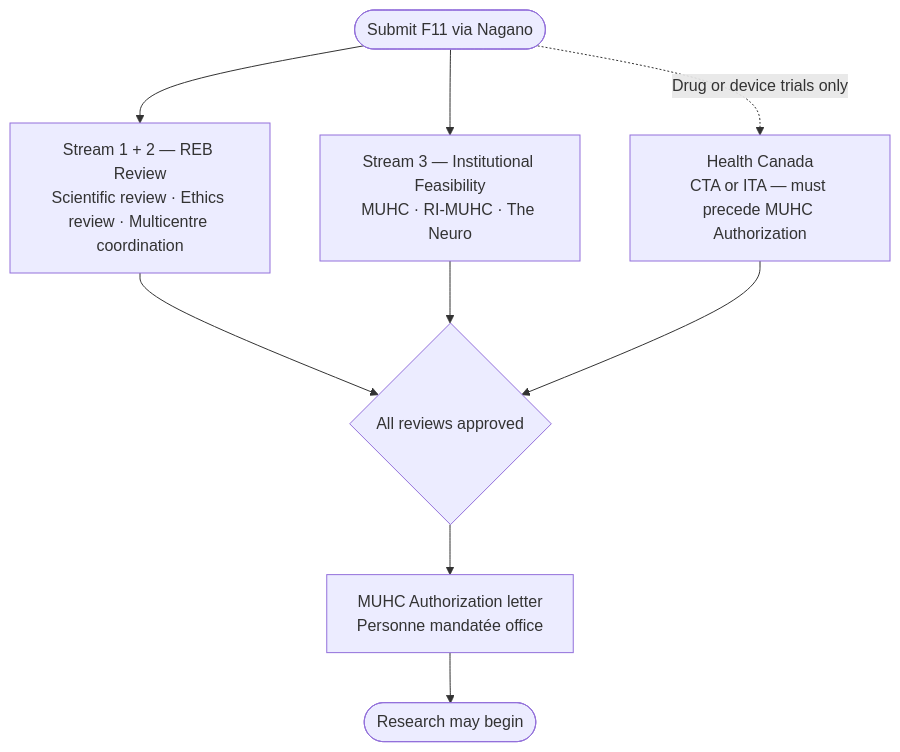
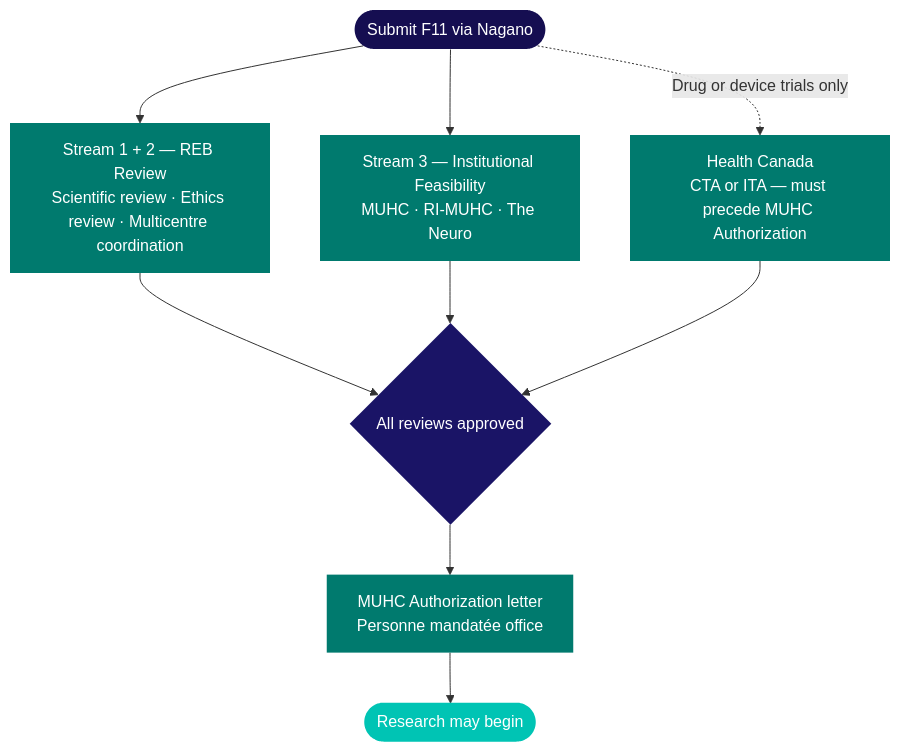
The diagram in kb/submission/study-review.mdx (matthewfiorentino/docs), drawn with Mermaid before and after one commit. The commit also changed 14 other files, not shown here.

````diff
--- a/kb/submission/study-review.mdx
+++ b/kb/submission/study-review.mdx
@@ -14,11 +14,19 @@
 ```mermaid
 flowchart TD
     A([Submit F11 via Nagano]) --> B & C
     B["Stream 1 + 2 — REB Review<br/>Scientific review · Ethics review · Multicentre coordination"]
     C["Stream 3 — Institutional Feasibility<br/>MUHC · RI-MUHC · The Neuro"]
     A -. Drug or device trials only .-> D["Health Canada<br/>CTA or ITA — must precede MUHC Authorization"]
     B & C --> E{All reviews approved}
     D --> E
     E --> F["MUHC Authorization letter<br/>Personne mandatée office"]
     F --> G([Research may begin])
+
+    style A fill:#150e51,color:#fff,stroke:none
+    style B fill:#007a6e,color:#fff,stroke:none
+    style C fill:#007a6e,color:#fff,stroke:none
+    style D fill:#007a6e,color:#fff,stroke:none
+    style E fill:#1a1466,color:#fff,stroke:none
+    style F fill:#007a6e,color:#fff,stroke:none
+    style G fill:#00c4b4,color:#fff,stroke:none
 ```
````
